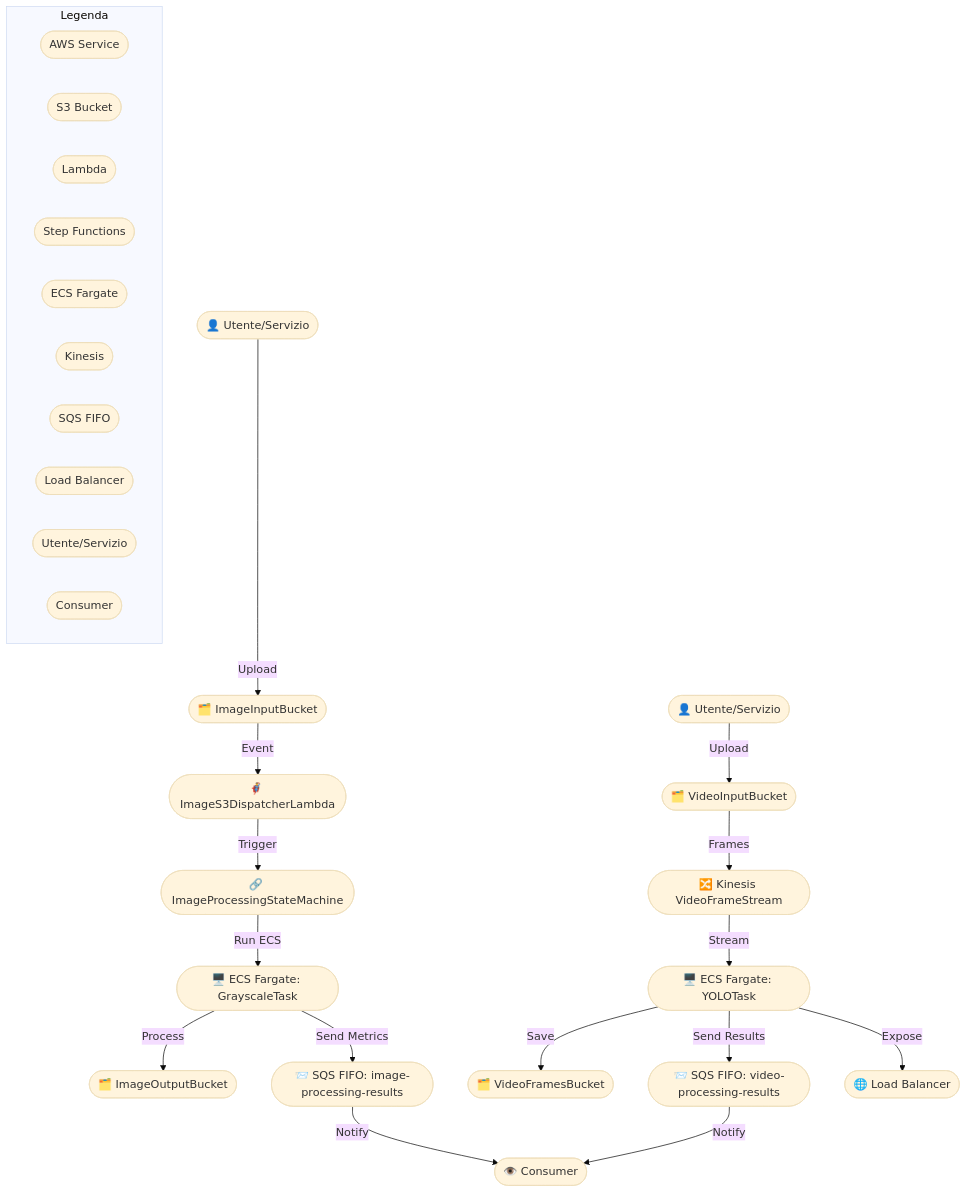
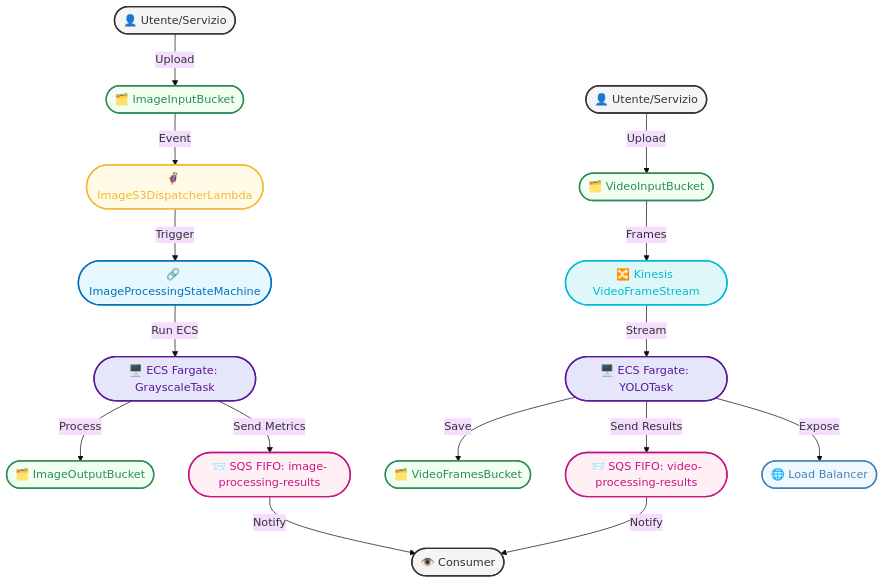
One commit to PedemonteGiacomo/cv2kinesis changed the first of 3 diagrams in hybrid_pipeline/README.md. Above: the diagram before and after it, drawn with Mermaid (base theme).

Commit message:
Refactor README diagram by removing legend subgraph and defining styles directly for clarity

````diff
--- a/hybrid_pipeline/README.md
+++ b/hybrid_pipeline/README.md
@@ -13,54 +13,52 @@
 ```mermaid
 flowchart TD
+    %% Legenda
+    classDef aws fill:#f7f7f7,stroke:#232f3e,stroke-width:2px,color:#232f3e;
+    classDef s3 fill:#f0fff0,stroke:#2e8b57,stroke-width:2px,color:#2e8b57;
+    classDef lambda fill:#fffbe6,stroke:#f7b731,stroke-width:2px,color:#f7b731;
+    classDef stepfn fill:#e6f7ff,stroke:#0073bb,stroke-width:2px,color:#0073bb;
+    classDef ecs fill:#e6e6fa,stroke:#5a189a,stroke-width:2px,color:#5a189a;
+    classDef kinesis fill:#e0f7fa,stroke:#00bcd4,stroke-width:2px,color:#00bcd4;
+    classDef sqs fill:#fff0f5,stroke:#c71585,stroke-width:2px,color:#c71585;
+    classDef lb fill:#f0f8ff,stroke:#4682b4,stroke-width:2px,color:#4682b4;
+    classDef user fill:#f5f5f5,stroke:#333,stroke-width:2px,color:#333;
+    classDef consumer fill:#f5f5f5,stroke:#333,stroke-width:2px,color:#333;
 
     %% Image Pipeline
     User1([👤 Utente/Servizio]):::user
     S3Input([🗂️ ImageInputBucket]):::s3
     LambdaDispatcher([🦸‍♂️ ImageS3DispatcherLambda]):::lambda
     StepFunc([🔗 ImageProcessingStateMachine]):::stepfn
     ECSGray([🖥️ ECS Fargate: GrayscaleTask]):::ecs
     S3Output([🗂️ ImageOutputBucket]):::s3
     SQSImage([📨 SQS FIFO: image-processing-results]):::sqs
 
     User1 --Upload--> S3Input
     S3Input --Event--> LambdaDispatcher
     LambdaDispatcher --Trigger--> StepFunc
     StepFunc --Run ECS--> ECSGray
     ECSGray --Process--> S3Output
     ECSGray --Send Metrics--> SQSImage
 
     %% Video Pipeline
     User2([👤 Utente/Servizio]):::user
     S3VideoInput([🗂️ VideoInputBucket]):::s3
     Kinesis([🔀 Kinesis VideoFrameStream]):::kinesis
     ECSYolo([🖥️ ECS Fargate: YOLOTask]):::ecs
     S3Frames([🗂️ VideoFramesBucket]):::s3
     SQSVideo([📨 SQS FIFO: video-processing-results]):::sqs
     LB([🌐 Load Balancer]):::lb
 
     User2 --Upload--> S3VideoInput
     S3VideoInput --Frames--> Kinesis
     Kinesis --Stream--> ECSYolo
     ECSYolo --Save--> S3Frames
     ECSYolo --Send Results--> SQSVideo
     ECSYolo --Expose--> LB
 
     %% Consumer
     Consumer([👁️ Consumer]):::consumer
     SQSImage --Notify--> Consumer
     SQSVideo --Notify--> Consumer
 
-    %% Legenda
-    subgraph Legenda
-        aws1([AWS Service]):::aws
-        s31([S3 Bucket]):::s3
-        lambda1([Lambda]):::lambda
-        stepfn1([Step Functions]):::stepfn
-        ecs1([ECS Fargate]):::ecs
-        kinesis1([Kinesis]):::kinesis
-        sqs1([SQS FIFO]):::sqs
-        lb1([Load Balancer]):::lb
-        user1([Utente/Servizio]):::user
-        consumer1([Consumer]):::consumer
-    end
 ```
````
